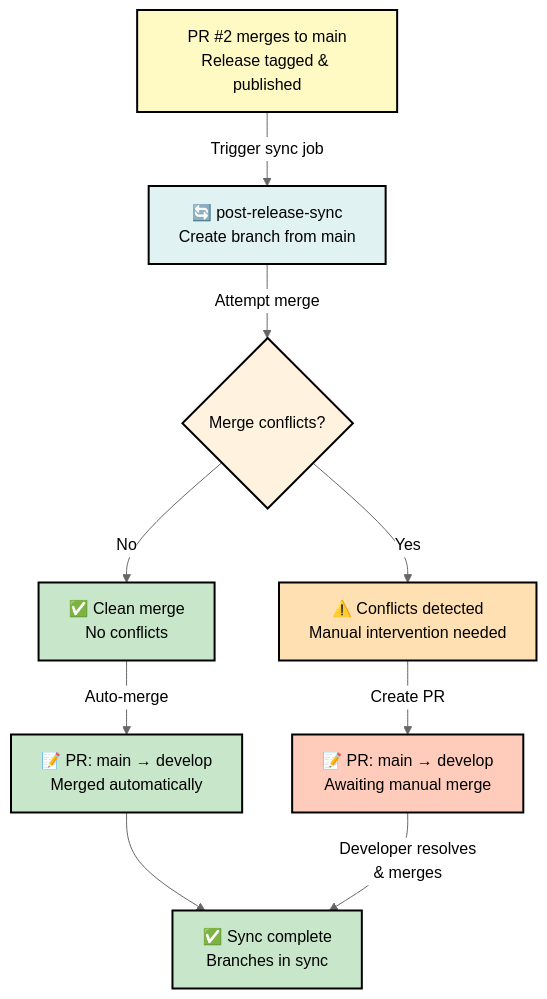
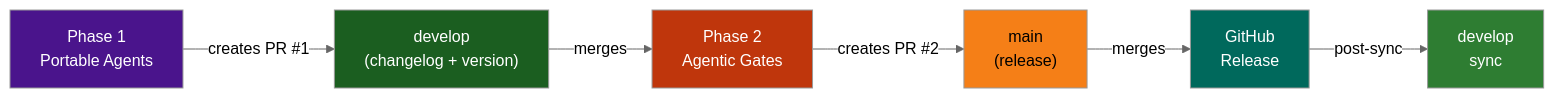
The first of 3 diagrams in docs/RELEASE_PROCESS.md (lightspeedwp/.github), drawn with Mermaid (neutral theme) before and after one commit. The commit also changed other lines of this file, not shown here.

First line of the commit message:
docs: Rewrite RELEASE_PROCESS.md v4.0 (Phase 7)

````diff
--- a/docs/RELEASE_PROCESS.md
+++ b/docs/RELEASE_PROCESS.md
@@ -373,22 +42,15 @@
 ```mermaid
-flowchart TD
-    accTitle: Post-release sync flow
-    accDescr: Automatic merge of main into develop after release, handling conflicts with manual PR if needed
-    A["PR #2 merges to main<br/>Release tagged & published"] -->|Trigger sync job| B["🔄 post-release-sync<br/>Create branch from main"]
-    B -->|Attempt merge| C{Merge conflicts?}
-    C -->|No| D["✅ Clean merge<br/>No conflicts"]
-    C -->|Yes| E["⚠️ Conflicts detected<br/>Manual intervention needed"]
-    D -->|Auto-merge| F["📝 PR: main → develop<br/>Merged automatically"]
-    F --> G["✅ Sync complete<br/>Branches in sync"]
-    E -->|Create PR| H["📝 PR: main → develop<br/>Awaiting manual merge"]
-    H -->|Developer resolves<br/>& merges| G
+graph LR
+    A["Phase 1<br/>Portable Agents"] -->|creates PR #1| B["develop<br/>(changelog + version)"]
+    B -->|merges| C["Phase 2<br/>Agentic Gates"]
+    C -->|creates PR #2| D["main<br/>(release)"]
+    D -->|merges| E["GitHub<br/>Release"]
+    E -->|post-sync| F["develop<br/>sync"]
     
-    style A fill:#fff9c4,color:#000,stroke:#000,stroke-width:2px
-    style B fill:#e0f2f1,color:#000,stroke:#000,stroke-width:2px
-    style C fill:#fff3e0,color:#000,stroke:#000,stroke-width:2px
-    style D fill:#c8e6c9,color:#000,stroke:#000,stroke-width:2px
-    style E fill:#ffe0b2,color:#000,stroke:#000,stroke-width:2px
-    style F fill:#c8e6c9,color:#000,stroke:#000,stroke-width:2px
-    style G fill:#c8e6c9,color:#000,stroke:#000,stroke-width:2px
-    style H fill:#ffccbc,color:#000,stroke:#000,stroke-width:2px
+    style A fill:#4a148c,color:#fff
+    style B fill:#1b5e20,color:#fff
+    style C fill:#bf360c,color:#fff
+    style D fill:#f57f17,color:#000
+    style E fill:#00695c,color:#fff
+    style F fill:#2e7d32,color:#fff
 ```
````
